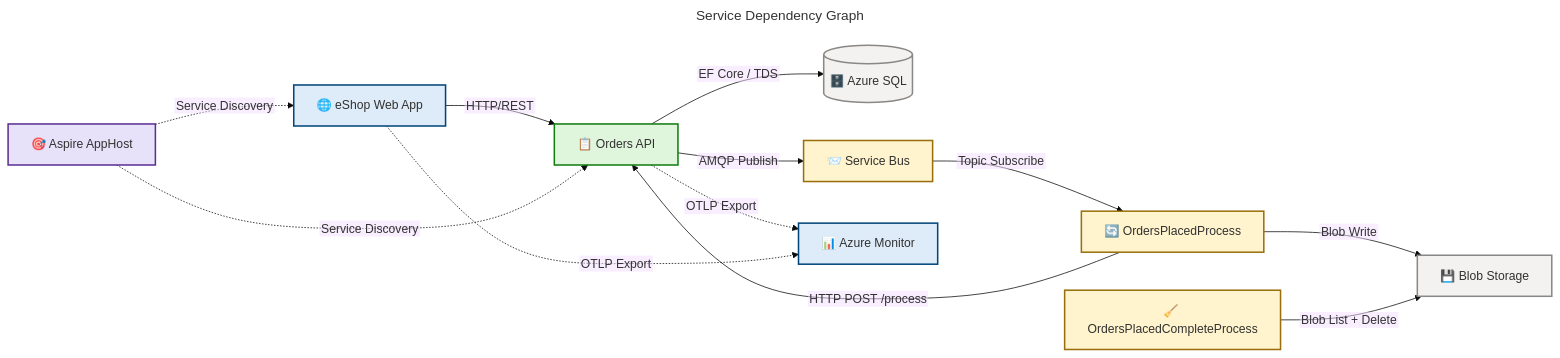
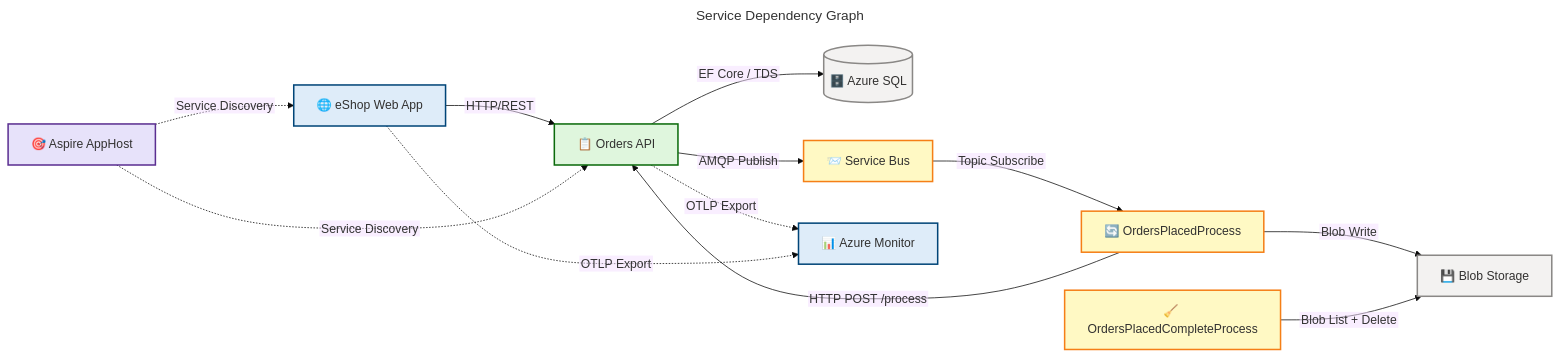
Diagram 13 of 13 in docs/architecture/Business-Layer-Architecture.md (Evilazaro/Azure-LogicApps-Monitoring), drawn with Mermaid before and after one commit. The commit also changed other lines of this file and 3 other files, not shown here.

Commit message:
docs: update color definitions in architecture diagrams for improved clarity and consistency

````diff
--- a/docs/architecture/Business-Layer-Architecture.md
+++ b/docs/architecture/Business-Layer-Architecture.md
@@ -1554,57 +1554,57 @@
 ```mermaid
 ---
 title: "Service Dependency Graph"
 config:
   theme: base
   themeVariables:
     fontSize: '16px'
   flowchart:
     htmlLabels: false
 ---
 flowchart LR
     accTitle: Service Dependency Graph
     accDescr: Shows all service dependencies and integration patterns between eShop components including HTTP, AMQP, SQL, and managed connector protocols
 
     %% ═══════════════════════════════════════════════════════════════
     %% AZURE / FLUENT ARCHITECTURE PATTERN v1.1
     %% Generated: 2026-02-18T10:30:00Z
     %% Layer: Business
     %% Components: 9
     %% Semantic classes: 4/5 used (presentation, service, data, workflow)
     %% ═══════════════════════════════════════════════════════════════
 
     webapp["🌐 eShop Web App"]
     api["📋 Orders API"]
     sql[("🗄️ Azure SQL")]
     sb["📨 Service Bus"]
     la1["🔄 OrdersPlacedProcess"]
     la2["🧹 OrdersPlacedCompleteProcess"]
     blob["💾 Blob Storage"]
     apphost["🎯 Aspire AppHost"]
     monitor["📊 Azure Monitor"]
 
     webapp -->|"HTTP/REST"| api
     api -->|"EF Core / TDS"| sql
     api -->|"AMQP Publish"| sb
     sb -->|"Topic Subscribe"| la1
     la1 -->|"HTTP POST /process"| api
     la1 -->|"Blob Write"| blob
     la2 -->|"Blob List + Delete"| blob
     apphost -.->|"Service Discovery"| webapp
     apphost -.->|"Service Discovery"| api
     api -.->|"OTLP Export"| monitor
     webapp -.->|"OTLP Export"| monitor
 
     classDef presentation fill:#DEECF9,stroke:#004578,stroke-width:2px,color:#323130
-    classDef service fill:#DFF6DD,stroke:#107C10,stroke-width:2px,color:#323130
+    classDef service fill:#DFF6DD,stroke:#0B6A0B,stroke-width:2px,color:#323130
     classDef data fill:#F3F2F1,stroke:#8A8886,stroke-width:2px,color:#323130
-    classDef workflow fill:#FFF4CE,stroke:#986F0B,stroke-width:2px,color:#323130
+    classDef workflow fill:#FFF9C4,stroke:#F57F17,stroke-width:2px,color:#323130
     classDef orchestrator fill:#E7E2FA,stroke:#5B2F91,stroke-width:2px,color:#323130
 
     class webapp presentation
     class api service
     class sql,blob data
     class sb,la1,la2 workflow
     class apphost orchestrator
     class monitor presentation
 ```
````
